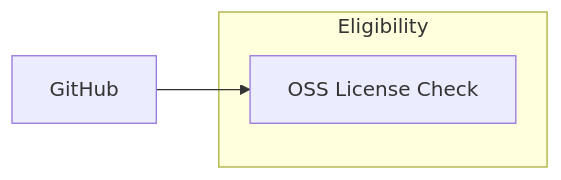
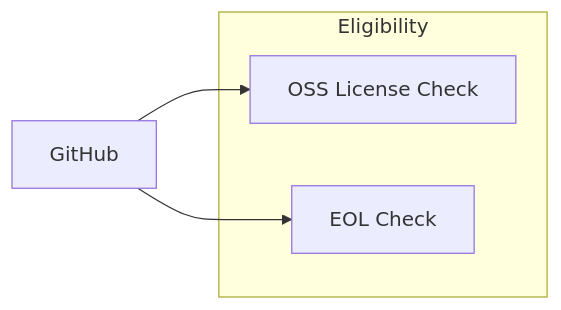
Before and after one commit to osendowment/model: the diagram in docs/eligibility.md, drawn with Mermaid. The commit also changed other lines of this file and 2 other files, not shown here.

First line of the commit message:
eligibility: add EOL check via GitHub `archived` flag

````diff
--- a/docs/eligibility.md
+++ b/docs/eligibility.md
@@ -5,10 +6,12 @@
 ```mermaid
 graph LR
     github["GitHub"]
 
     subgraph Eligibility["Eligibility"]
         license["OSS License Check"]
+        eol["EOL Check"]
     end
 
     github --> license
+    github --> eol
 ```
````
